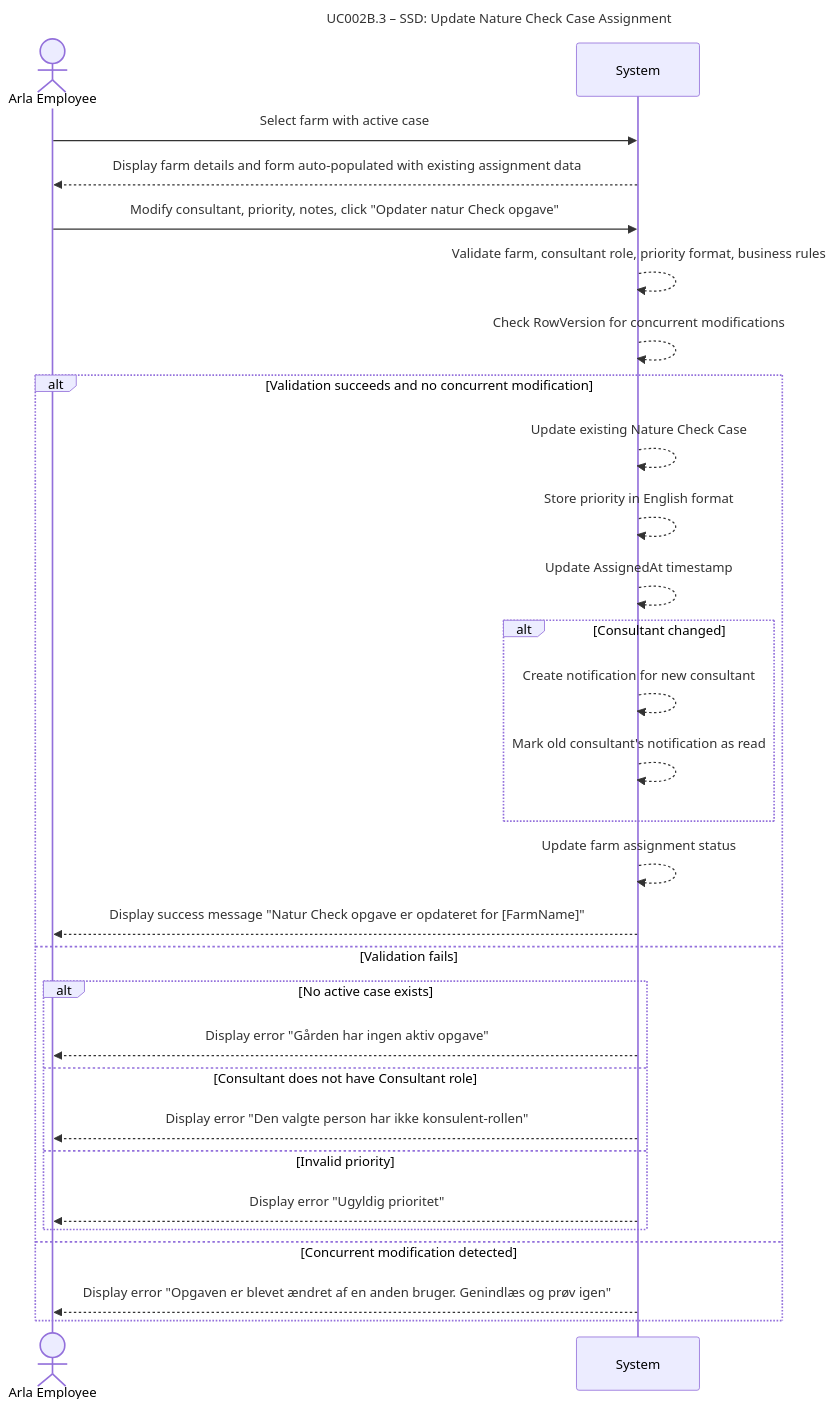
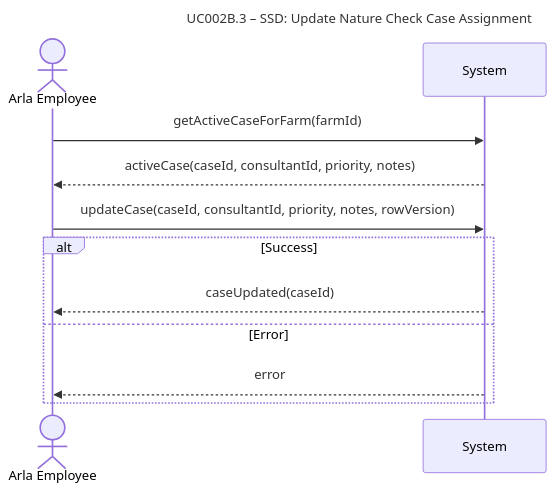
Before and after one commit to DMOoF25-TEAM11/ArlaNatureConnect: the diagram in docs/UseCase002B-AssignNatureCheckCase/UserStories/UC002B.3-UpdateNatureCheckCase/UC002B.3-SSD.md, drawn with Mermaid. The commit also changed other lines of this file and 65 other files, not shown here.

Commit message:
Update of UML

````diff
--- a/docs/UseCase002B-AssignNatureCheckCase/UserStories/UC002B.3-UpdateNatureCheckCase/UC002B.3-SSD.md
+++ b/docs/UseCase002B-AssignNatureCheckCase/UserStories/UC002B.3-UpdateNatureCheckCase/UC002B.3-SSD.md
@@ -5,38 +5,17 @@
 ```mermaid
 sequenceDiagram
     title UC002B.3 – SSD: Update Nature Check Case Assignment
 
     actor ArlaEmployee as Arla Employee
     participant System as System
 
-    ArlaEmployee ->> System: Select farm with active case
-    System -->> ArlaEmployee: Display farm details and form auto-populated with existing assignment data
-    
-    ArlaEmployee ->> System: Modify consultant, priority, notes, click "Opdater natur Check opgave"
-    System -->> System: Validate farm, consultant role, priority format, business rules
-    System -->> System: Check RowVersion for concurrent modifications
-    
-    alt Validation succeeds and no concurrent modification
-        System -->> System: Update existing Nature Check Case
-        System -->> System: Store priority in English format
-        System -->> System: Update AssignedAt timestamp
-        
-        alt Consultant changed
-            System -->> System: Create notification for new consultant
-            System -->> System: Mark old consultant's notification as read
-        end
-        
-        System -->> System: Update farm assignment status
-        System -->> ArlaEmployee: Display success message "Natur Check opgave er opdateret for [FarmName]"
-    else Validation fails
-        alt No active case exists
-            System -->> ArlaEmployee: Display error "Gården har ingen aktiv opgave"
-        else Consultant does not have Consultant role
-            System -->> ArlaEmployee: Display error "Den valgte person har ikke konsulent-rollen"
-        else Invalid priority
-            System -->> ArlaEmployee: Display error "Ugyldig prioritet"
-        end
-    else Concurrent modification detected
-        System -->> ArlaEmployee: Display error "Opgaven er blevet ændret af en anden bruger. Genindlæs og prøv igen"
+    ArlaEmployee ->> System: getActiveCaseForFarm(farmId)
+    System -->> ArlaEmployee: activeCase(caseId, consultantId, priority, notes)
+
+    ArlaEmployee ->> System: updateCase(caseId, consultantId, priority, notes, rowVersion)
+    alt Success
+        System -->> ArlaEmployee: caseUpdated(caseId)
+    else Error
+        System -->> ArlaEmployee: error
     end
 ```
````
